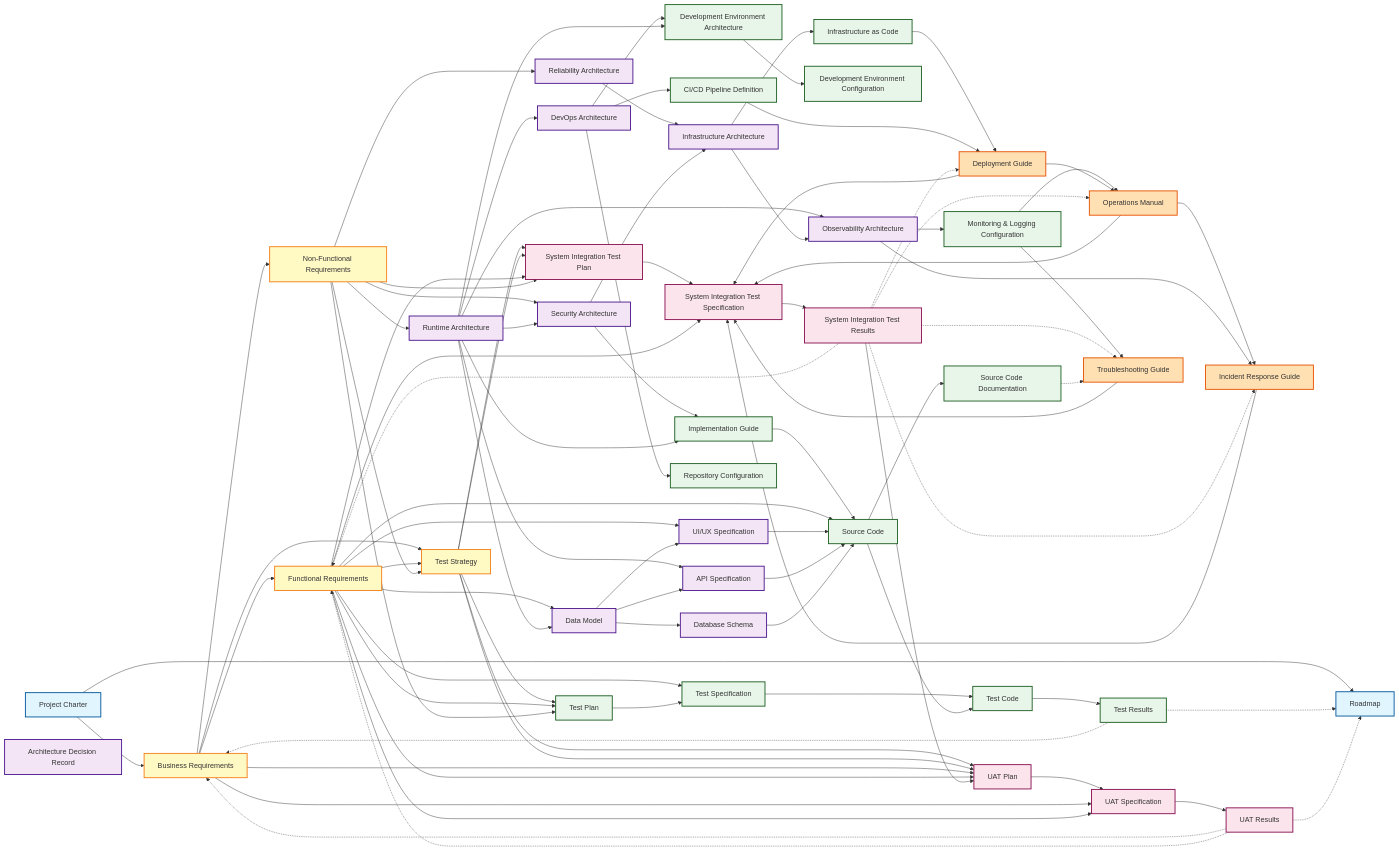
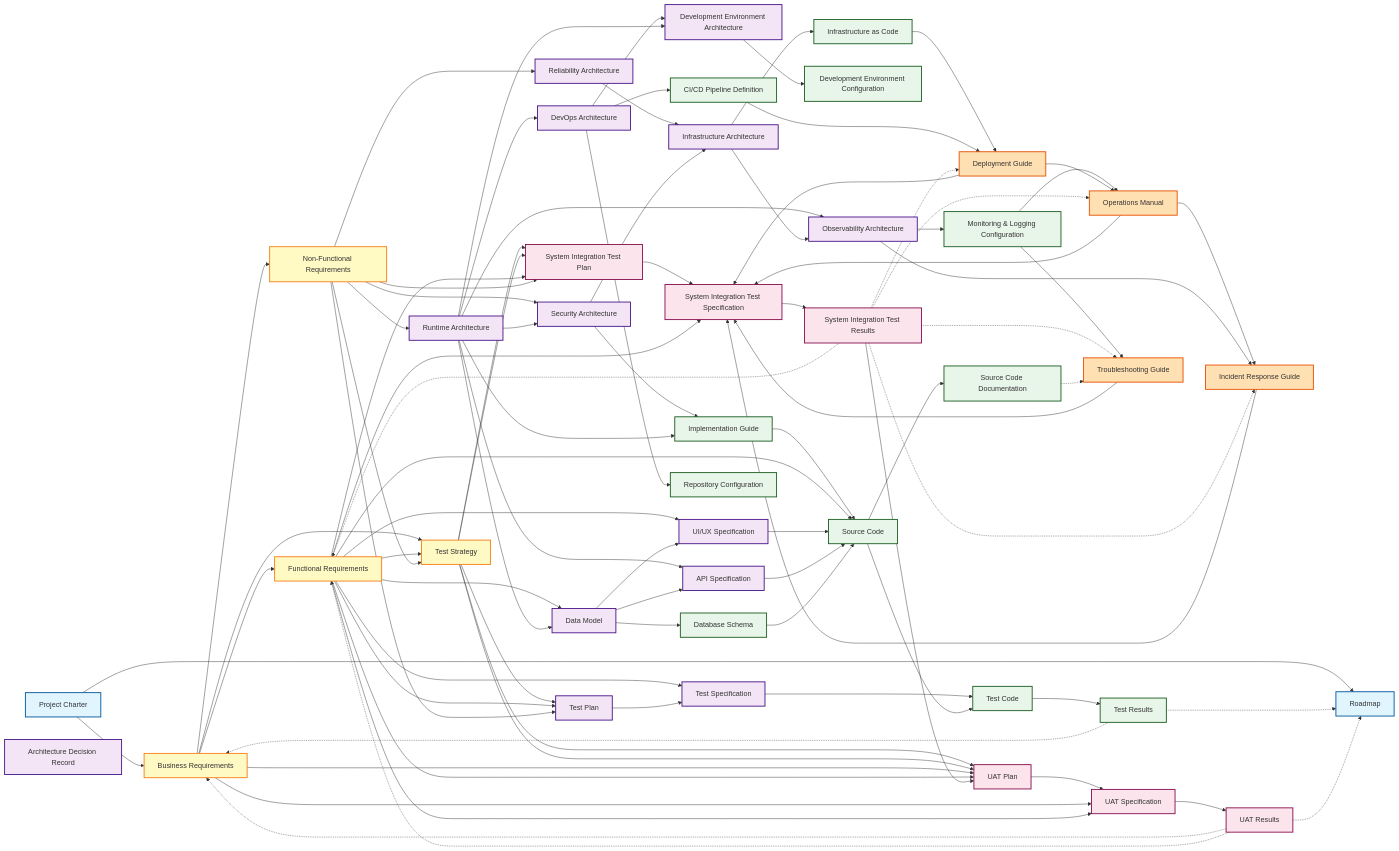
The first of 14 diagrams in specs/artifact-relationships.md (mahitotsu/ukiyoue), drawn with Mermaid before and after one commit. The commit also changed other lines of this file and 2 other files, not shown here.

Commit message:
refactor: Test PlanとTest SpecificationをLayer 3に移動
- Test PlanとTest Specificationは設計文書（実装コードではない）
- Layer 3（設計）に移動: 11種類 → 13種類
- Layer 4（実装・テスト）から削除: 13種類 → 11種類
- 識別子を IMPL-* から ARCH-* に変更
- artifact-definitions.md: 定義を Layer 3 に移動
- artifact-overview.md: レイヤー数とサマリーを更新
- artifact-relationships.md: 依存関係グラフ、classDef、Ganttチャートを更新
- ADR-005は修正不要（Test Planは設計文書としてJSON化対象）

````diff
--- a/specs/artifact-relationships.md
+++ b/specs/artifact-relationships.md
@@ -37,6 +37,8 @@
     ObservabilityArch[Observability Architecture]
     DevOpsArch[DevOps Architecture]
     DevEnvArch[Development Environment Architecture]
+    TestPlan[Test Plan]
+    TestSpec[Test Specification]
 
     %% Layer 4: Implementation & Test
     ImplGuide[Implementation Guide]
@@ -46,8 +48,6 @@
     PipelineDef[CI/CD Pipeline Definition]
     RepoConfig[Repository Configuration]
     MonitoringConfig[Monitoring & Logging Configuration]
-    TestPlan[Test Plan]
-    TestSpec[Test Specification]
     SrcCode[Source Code]
     TestCode[Test Code]
     TestResults[Test Results]
@@ -203,8 +203,8 @@
 
     class Charter,Roadmap layer1
     class BizReq,FuncReq,NonFuncReq,TestStrategy layer2
-    class ADR,RuntimeArch,DataModel,UIUX,API,DBSchema,SecArch,ReliabilityArch,InfraArch,ObservabilityArch,DevOpsArch layer3
-    class ImplGuide,IaC,PipelineDef,RepoConfig,MonitoringConfig,TestPlan,TestSpec,SrcCode,TestCode,TestResults,SrcDoc,DevEnvArch,DevEnvConfig layer4
+    class ADR,RuntimeArch,DataModel,UIUX,API,SecArch,ReliabilityArch,InfraArch,ObservabilityArch,DevOpsArch,DevEnvArch,TestPlan,TestSpec layer3
+    class ImplGuide,DBSchema,DevEnvConfig,IaC,PipelineDef,RepoConfig,MonitoringConfig,SrcCode,TestCode,TestResults,SrcDoc layer4
     class DeployGuide,OpsManual,IncidentGuide,TroubleshootGuide layer5
     class SITPlan,SITSpec,SITResult,UATPlan,UATSpec,UATResult layer6
 ```
````
